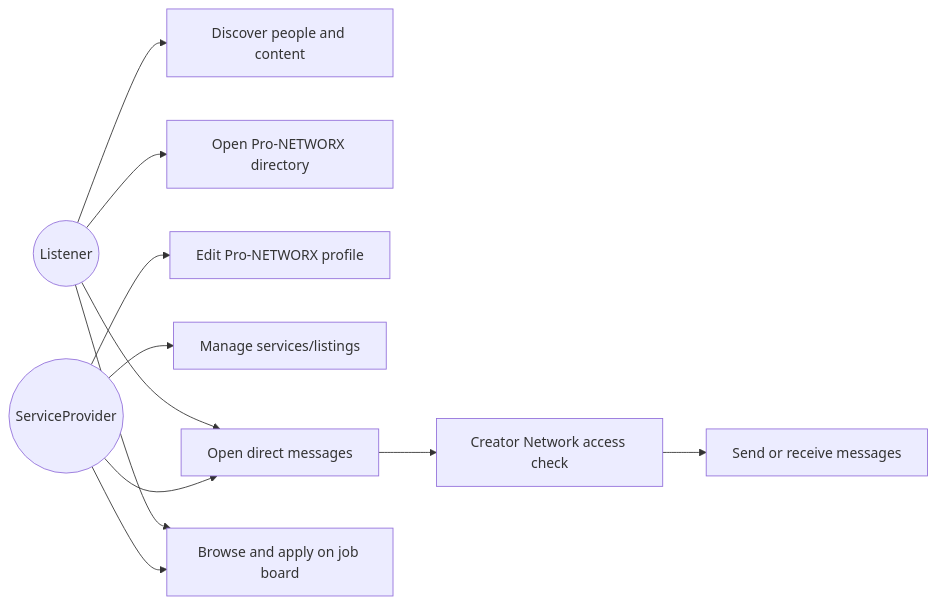
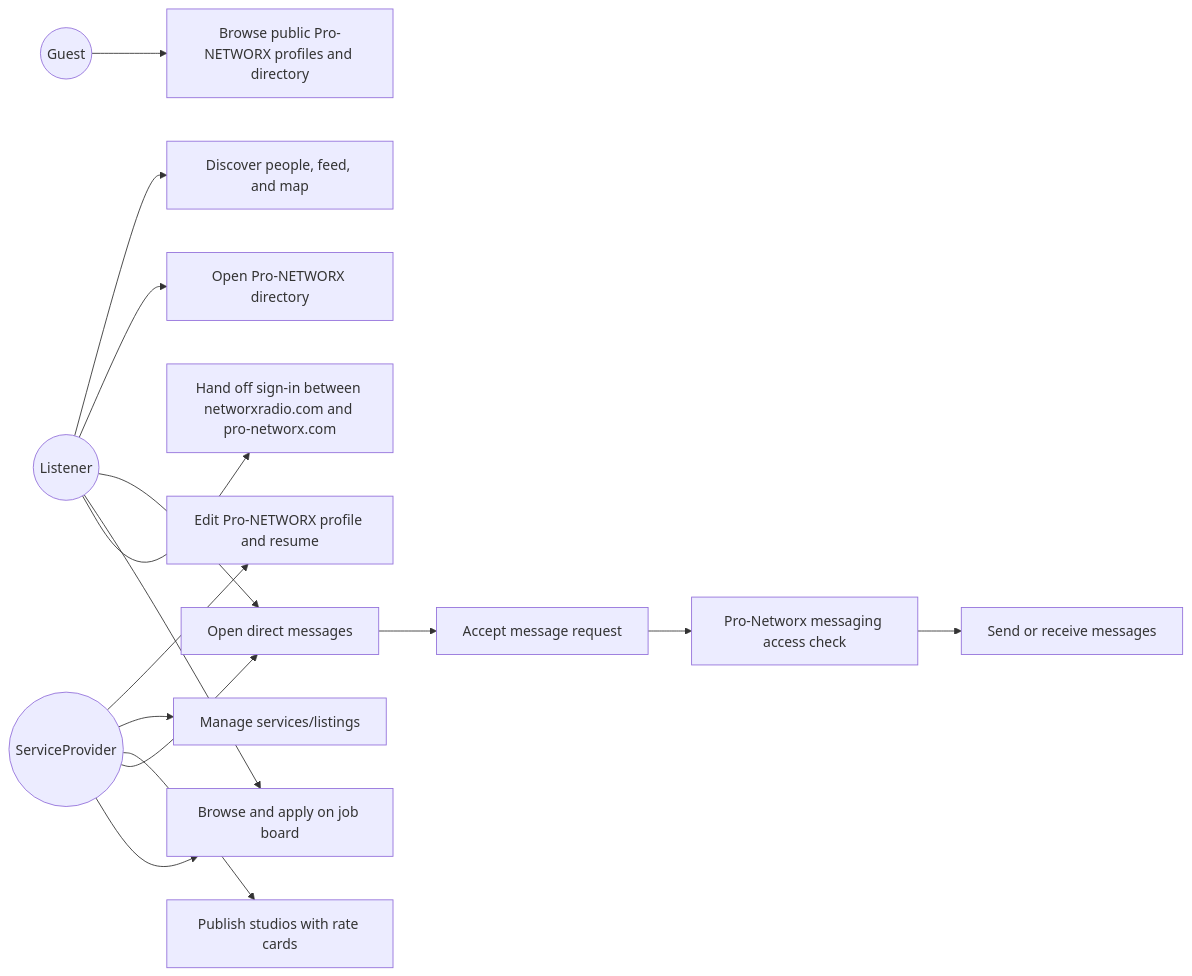
One commit to Tmaku18/RADIOapp changed the fifth of 14 diagrams in docs/UML/uml-diagrams.md. Above: the diagram before and after it, drawn with Mermaid. The commit also changed other lines of this file and 64 other files, not shown here.

````diff
--- a/docs/UML/uml-diagrams.md
+++ b/docs/UML/uml-diagrams.md
@@ -84,13 +102,17 @@
 ```mermaid
 flowchart LR
-  Listener((Listener)) --> DiscoverPeople[Discover people and content]
+  Guest((Guest)) --> PublicDirectory[Browse public Pro-NETWORX profiles and directory]
+  Listener((Listener)) --> DiscoverPeople[Discover people, feed, and map]
   Listener --> OpenDirectory[Open Pro-NETWORX directory]
-  ServiceProvider((ServiceProvider)) --> EditProfile[Edit Pro-NETWORX profile]
+  ServiceProvider((ServiceProvider)) --> EditProfile[Edit Pro-NETWORX profile and resume]
   ServiceProvider --> ManageListings[Manage services/listings]
+  ServiceProvider --> ManageStudios[Publish studios with rate cards]
   Listener --> OpenMessages[Open direct messages]
   ServiceProvider --> OpenMessages
-  OpenMessages --> SubscriptionGate[Creator Network access check]
+  OpenMessages --> RequestGate[Accept message request]
+  RequestGate --> SubscriptionGate[Pro-Networx messaging access check]
   SubscriptionGate --> SendMessage[Send or receive messages]
   Listener --> JobBoard[Browse and apply on job board]
   ServiceProvider --> JobBoard
+  Listener --> CrossDomain[Hand off sign-in between networxradio.com and pro-networx.com]
 ```
````
